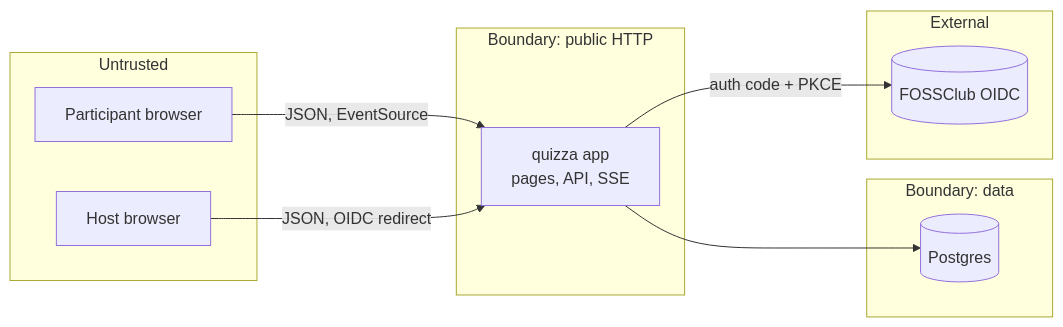
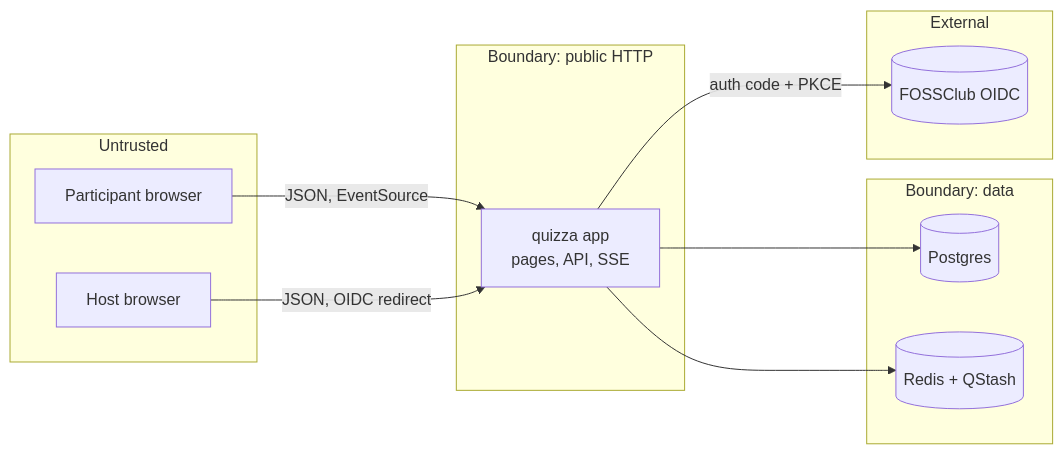
One commit to USAR-FOSS/Quizza changed the diagram in docs/threat-model.md. Above: the diagram before and after it, drawn with Mermaid. The commit also changed other lines of this file and 46 other files, not shown here.

````diff
--- a/docs/threat-model.md
+++ b/docs/threat-model.md
@@ -23,20 +23,22 @@
 ```mermaid
 flowchart LR
   subgraph untrusted[Untrusted]
     bp[Participant browser]
     bh[Host browser]
   end
   subgraph tb1[Boundary: public HTTP]
     app[quizza app<br/>pages, API, SSE]
   end
   subgraph tb2[Boundary: data]
     db[(Postgres)]
+    redis[(Redis + QStash)]
   end
   subgraph ext[External]
     oidc[(FOSSClub OIDC)]
   end
   bp -->|JSON, EventSource| app
   bh -->|JSON, OIDC redirect| app
   app --> db
+  app --> redis
   app -->|auth code + PKCE| oidc
 ```
````
